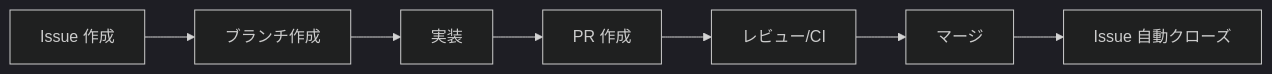
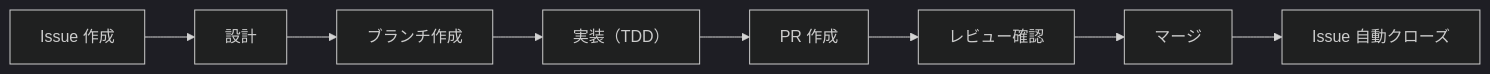
Before and after one commit to ka2kama/ringiflow: the first of 2 diagrams in docs/04_手順書/04_開発フロー/01_Issue駆動開発.md, drawn with Mermaid (dark theme). The commit also changed other lines of this file and 4 other files, not shown here.

````diff
--- a/docs/04_手順書/04_開発フロー/01_Issue駆動開発.md
+++ b/docs/04_手順書/04_開発フロー/01_Issue駆動開発.md
@@ -20,9 +20,10 @@
 ```mermaid
 flowchart LR
-    A["Issue 作成"] --> B["ブランチ作成"]
-    B --> C["実装"]
-    C --> D["PR 作成"]
-    D --> E["レビュー/CI"]
-    E --> F["マージ"]
-    F --> G["Issue 自動クローズ"]
+    A["Issue 作成"] --> B["設計"]
+    B --> C["ブランチ作成"]
+    C --> D["実装（TDD）"]
+    D --> E["PR 作成"]
+    E --> F["レビュー確認"]
+    F --> G["マージ"]
+    G --> H["Issue 自動クローズ"]
 ```
````
